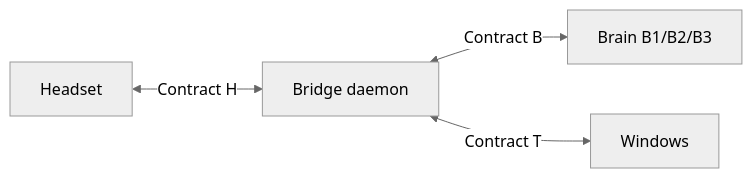
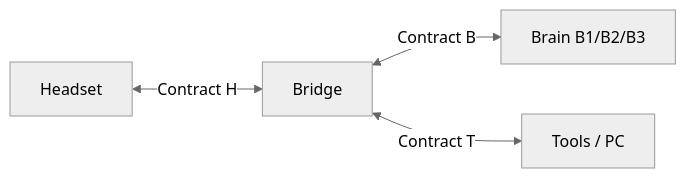
Before and after one commit to thomas-toh/gemma: the diagram in spec/00_overview.md, drawn with Mermaid (neutral theme). The commit also changed other lines of this file and 7 other files, not shown here.

````diff
--- a/spec/00_overview.md
+++ b/spec/00_overview.md
@@ -14,6 +14,6 @@
 ```mermaid
 flowchart LR
-    H[Headset] <-- "Contract H" --> BR[Bridge daemon]
-    BR <-- "Contract B" --> B[Brain B1/B2/B3]
-    BR <-- "Contract T" --> W[Windows]
+    H[Headset] <-- "Contract H" --> G[Bridge]
+    G <-- "Contract B" --> B[Brain B1/B2/B3]
+    G <-- "Contract T" --> T[Tools / PC]
 ```
````
